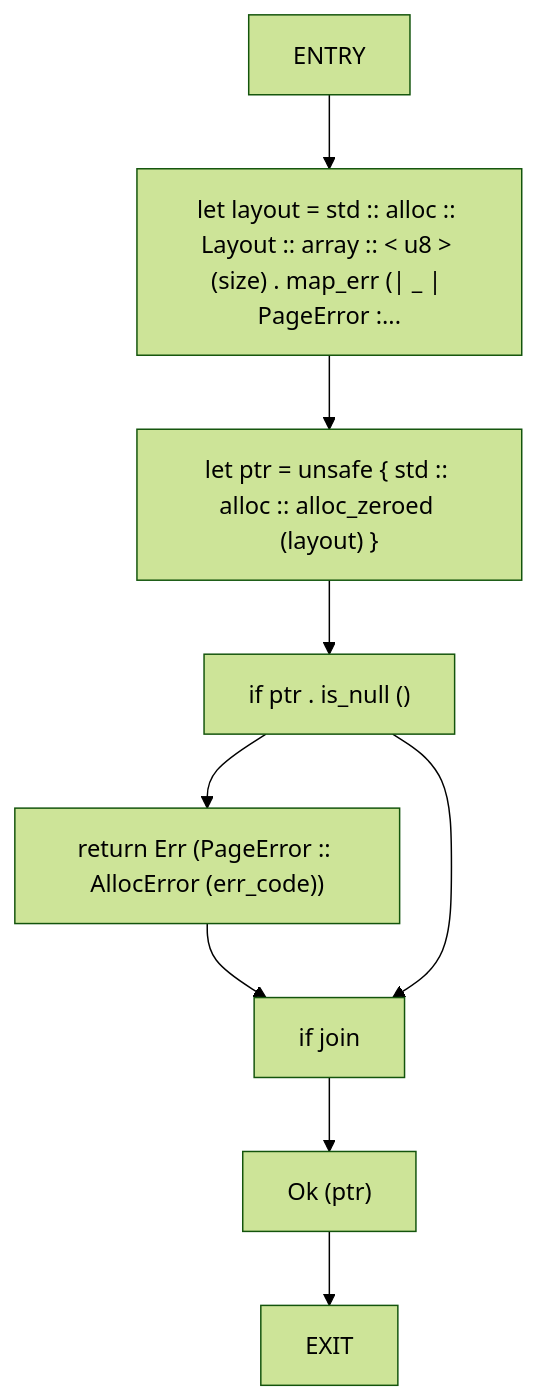
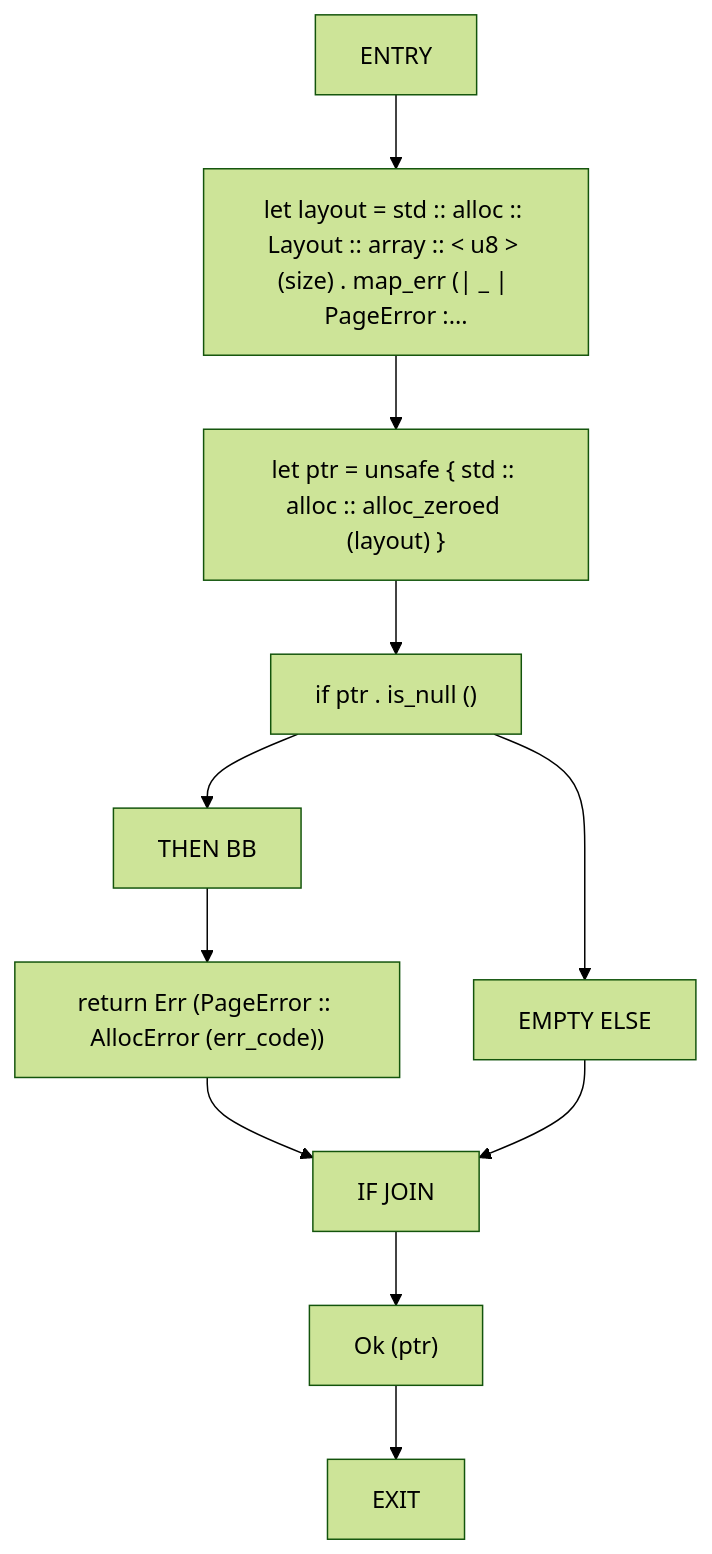
One commit to cicero-violate/MMSB changed the first of 40 diagrams in docs/analysis/cfg/010-src-01_page.md. Above: the diagram before and after it, drawn with Mermaid (forest theme). The commit also changed other lines of this file and 865 other files, not shown here.

````diff
--- a/docs/analysis/cfg/010-src-01_page.md
+++ b/docs/analysis/cfg/010-src-01_page.md
@@ -11,19 +11,23 @@
 ```mermaid
 flowchart TD
     allocate_zeroed_0["ENTRY"]
     allocate_zeroed_1["let layout = std :: alloc :: Layout :: array :: < u8 > (size) . map_err (| _ | PageError :..."]
     allocate_zeroed_2["let ptr = unsafe { std :: alloc :: alloc_zeroed (layout) }"]
     allocate_zeroed_3["if ptr . is_null ()"]
-    allocate_zeroed_4["return Err (PageError :: AllocError (err_code))"]
-    allocate_zeroed_5["if join"]
-    allocate_zeroed_6["Ok (ptr)"]
-    allocate_zeroed_7["EXIT"]
+    allocate_zeroed_4["THEN BB"]
+    allocate_zeroed_5["return Err (PageError :: AllocError (err_code))"]
+    allocate_zeroed_6["EMPTY ELSE"]
+    allocate_zeroed_7["IF JOIN"]
+    allocate_zeroed_8["Ok (ptr)"]
+    allocate_zeroed_9["EXIT"]
     allocate_zeroed_0 --> allocate_zeroed_1
     allocate_zeroed_1 --> allocate_zeroed_2
     allocate_zeroed_2 --> allocate_zeroed_3
     allocate_zeroed_3 --> allocate_zeroed_4
     allocate_zeroed_4 --> allocate_zeroed_5
-    allocate_zeroed_3 --> allocate_zeroed_5
-    allocate_zeroed_5 --> allocate_zeroed_6
+    allocate_zeroed_3 --> allocate_zeroed_6
+    allocate_zeroed_5 --> allocate_zeroed_7
     allocate_zeroed_6 --> allocate_zeroed_7
+    allocate_zeroed_7 --> allocate_zeroed_8
+    allocate_zeroed_8 --> allocate_zeroed_9
 ```
````
